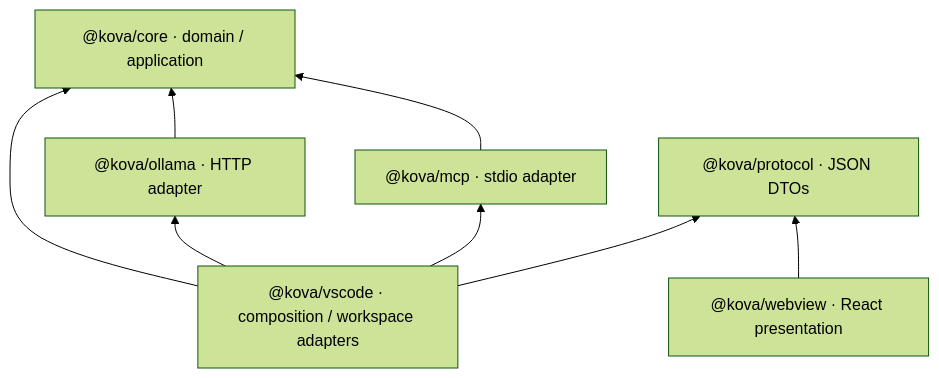
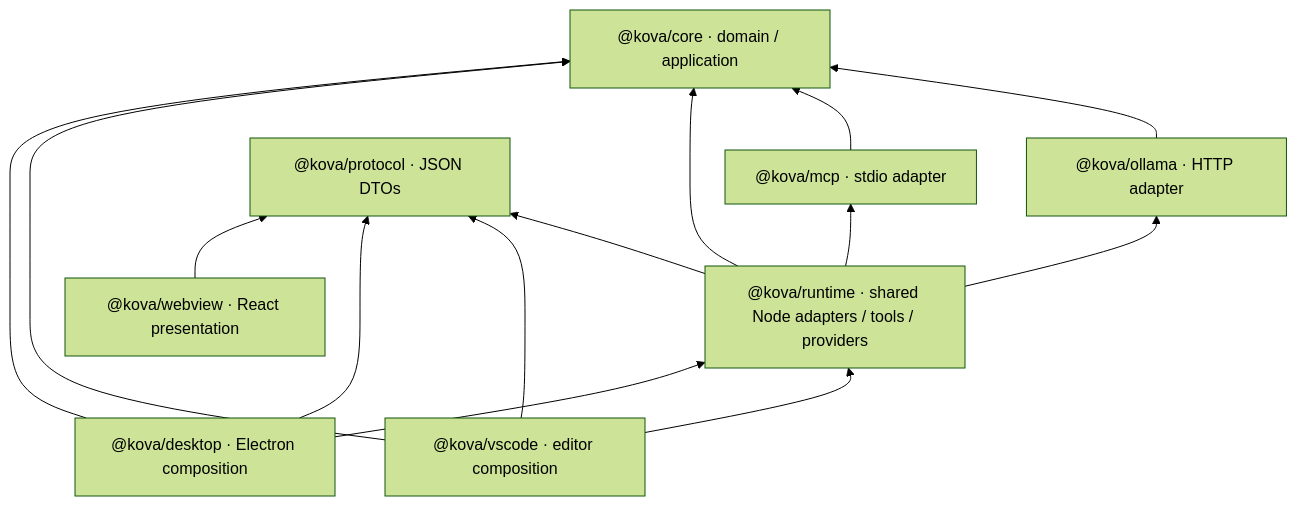
The diagram in docs/ARCHITECTURE.md (owlCoder/kova), drawn with Mermaid (forest theme) before and after one commit. The commit also changed other lines of this file and 130 other files, not shown here.

Commit message:
Modernize Kova and add cross-platform desktop workspace

````diff
--- a/docs/ARCHITECTURE.md
+++ b/docs/ARCHITECTURE.md
@@ -7,10 +7,16 @@
 ```mermaid
 flowchart BT
   O["@kova/ollama · HTTP adapter"] --> C["@kova/core · domain / application"]
   M["@kova/mcp · stdio adapter"] --> C
-  V["@kova/vscode · composition / workspace adapters"] --> C
-  V --> O
-  V --> M
-  V --> P["@kova/protocol · JSON DTOs"]
+  R["@kova/runtime · shared Node adapters / tools / providers"] --> C
+  R --> O
+  R --> M
+  R --> P["@kova/protocol · JSON DTOs"]
+  V["@kova/vscode · editor composition"] --> R
+  V --> C
+  V --> P
+  D["@kova/desktop · Electron composition"] --> R
+  D --> C
+  D --> P
   W["@kova/webview · React presentation"] --> P
 ```
````
